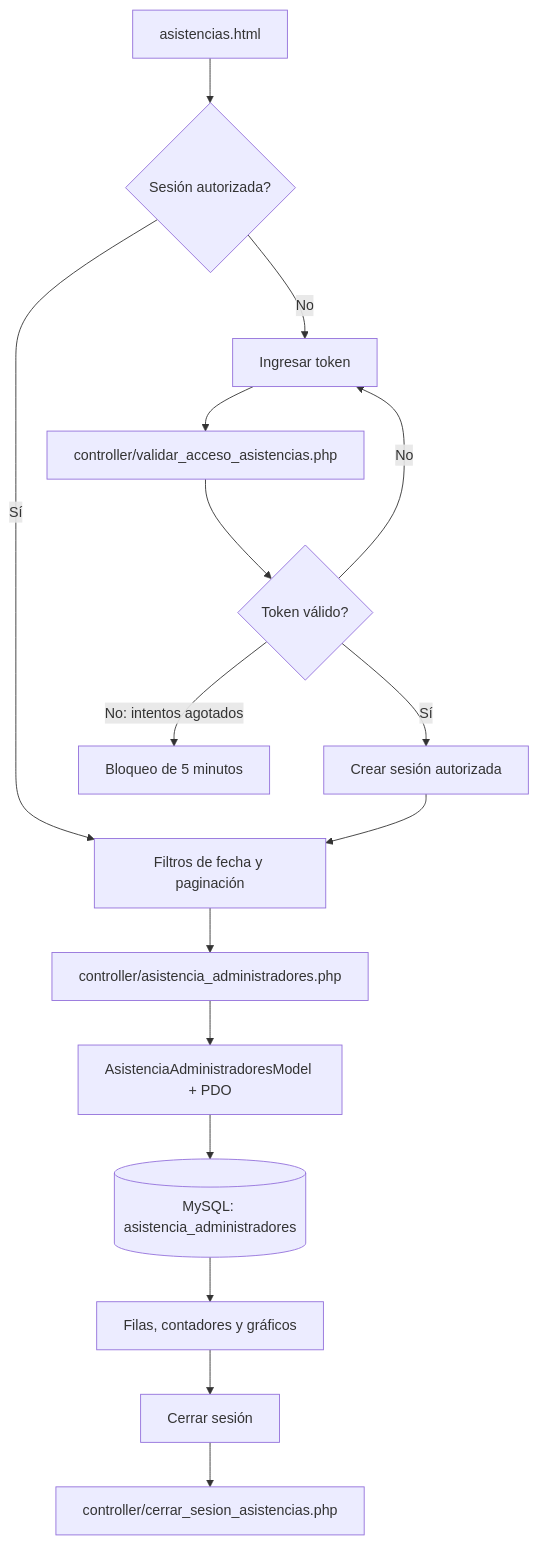
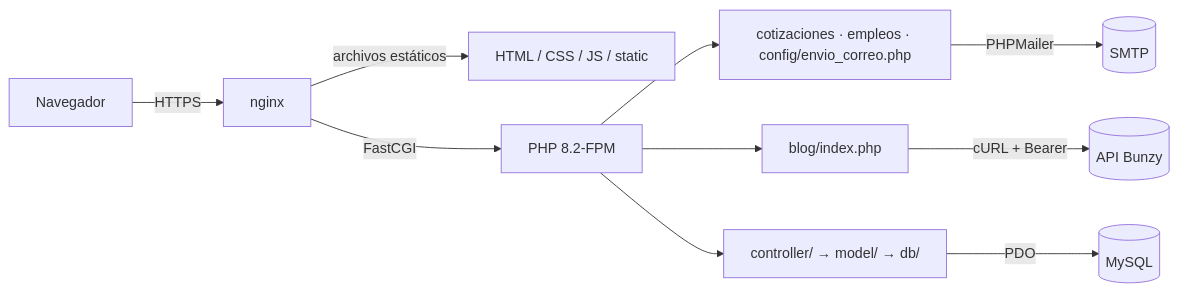
One commit to phpeitor/adminio changed the diagram in README.md. Above: the diagram before and after it, drawn with Mermaid. The commit also changed other lines of this file and 1 other file, not shown here.

First line of the commit message:
Reorganiza la documentación: README técnico y BUNZY-BLOG.md en .ia-context

````diff
--- a/README.md
+++ b/README.md
@@ -108,18 +32,12 @@
 ```mermaid
-flowchart TD
-    A[asistencias.html] --> B{Sesión autorizada?}
-    B -->|Sí| F[Filtros de fecha y paginación]
-    B -->|No| C[Ingresar token]
-    C --> D[controller/validar_acceso_asistencias.php]
-    D --> E{Token válido?}
-    E -->|Sí| S[Crear sesión autorizada]
-    S --> F
-    E -->|No: intentos agotados| L[Bloqueo de 5 minutos]
-    E -->|No| C
-    F --> G[controller/asistencia_administradores.php]
-    G --> H[AsistenciaAdministradoresModel + PDO]
-    H --> I[(MySQL: asistencia_administradores)]
-    I --> J[Filas, contadores y gráficos]
-    J --> K[Cerrar sesión]
-    K --> X[controller/cerrar_sesion_asistencias.php]
+flowchart LR
+    U[Navegador] -->|HTTPS| N[nginx]
+    N -->|archivos estáticos| S[HTML / CSS / JS / static]
+    N -->|FastCGI| P[PHP 8.2-FPM]
+    P --> F[cotizaciones · empleos · config/envio_correo.php]
+    P --> B[blog/index.php]
+    P --> A[controller/ → model/ → db/]
+    F -->|PHPMailer| SMTP[(SMTP)]
+    B -->|cURL + Bearer| BZ[(API Bunzy)]
+    A -->|PDO| DB[(MySQL)]
 ```
````
